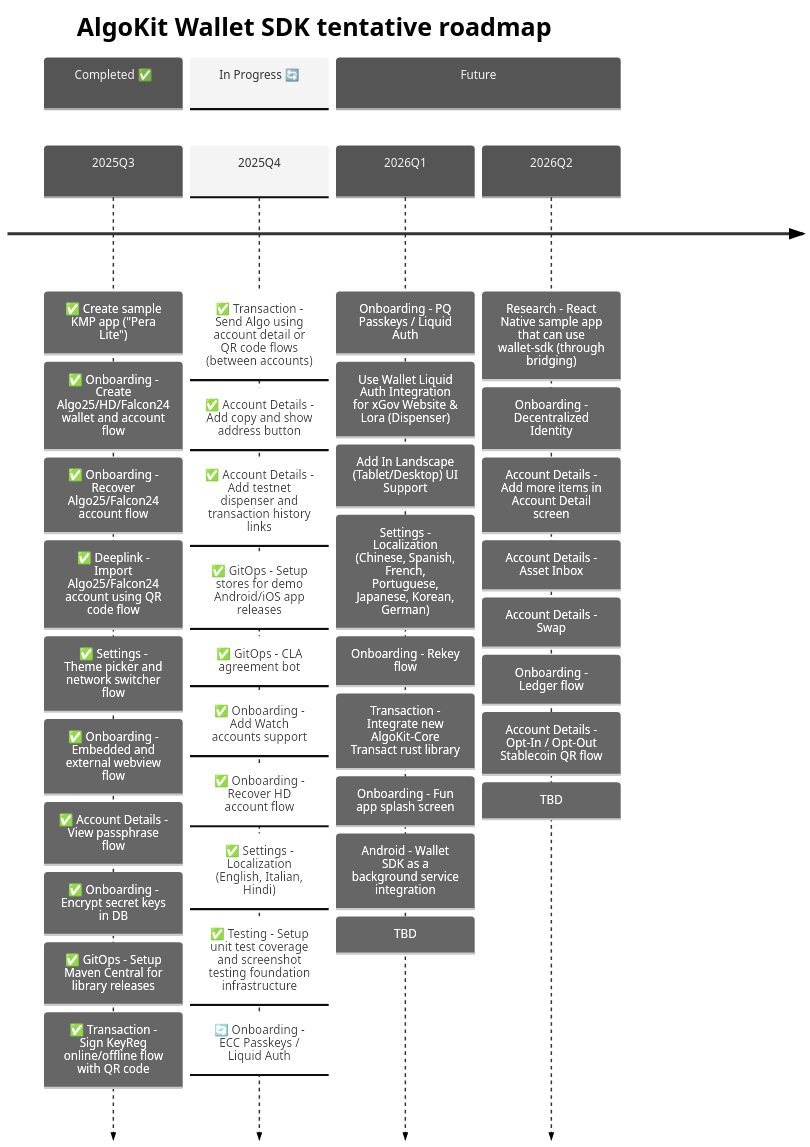
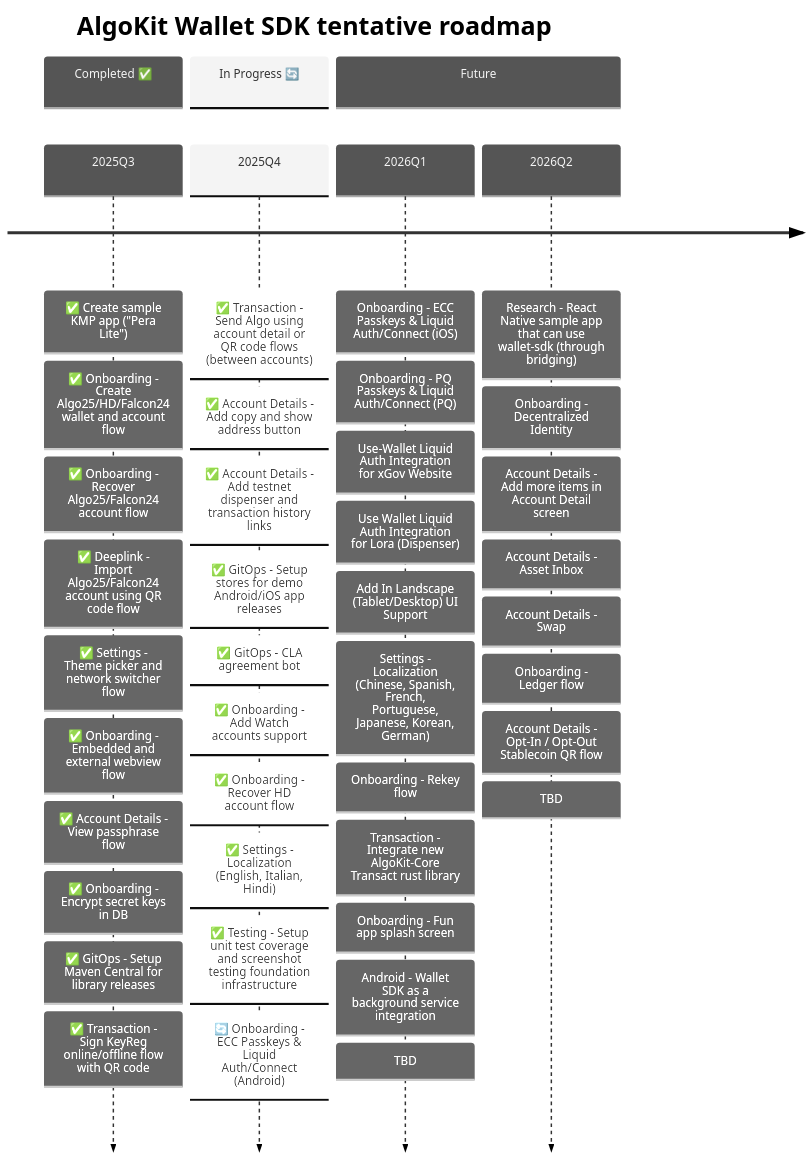
Before and after one commit to michaeltchuangllc/algokit-walletsdk-kmp: the second of 3 diagrams in README.md, drawn with Mermaid.

````diff
--- a/README.md
+++ b/README.md
@@ -67,52 +67,54 @@
 ```mermaid
 ---
 config:
   theme: 'neutral'
 ---
 timeline
     title AlgoKit Wallet SDK tentative roadmap
 
     section Completed ✅
     2025Q3  : ✅ Create sample KMP app ("Pera Lite")
             : ✅ Onboarding - Create Algo25/HD/Falcon24 wallet and account flow
             : ✅ Onboarding - Recover Algo25/Falcon24 account flow
             : ✅ Deeplink - Import Algo25/Falcon24 account using QR code flow
             : ✅ Settings - Theme picker and network switcher flow
             : ✅ Onboarding - Embedded and external webview flow
             : ✅ Account Details - View passphrase flow
             : ✅ Onboarding - Encrypt secret keys in DB
             : ✅ GitOps - Setup Maven Central for library releases
             : ✅ Transaction - Sign KeyReg online/offline flow with QR code
 
     section In Progress 🔄
     2025Q4  : ✅ Transaction - Send Algo using account detail or QR code flows (between accounts)
             : ✅ Account Details - Add copy and show address button
             : ✅ Account Details - Add testnet dispenser and transaction history links
             : ✅ GitOps - Setup stores for demo Android/iOS app releases
             : ✅ GitOps - CLA agreement bot
             : ✅ Onboarding - Add Watch accounts support
             : ✅ Onboarding - Recover HD account flow
             : ✅ Settings - Localization (English, Italian, Hindi)
             : ✅ Testing - Setup unit test coverage and screenshot testing foundation infrastructure
-            : 🔄 Onboarding - ECC Passkeys / Liquid Auth
+            : 🔄 Onboarding - ECC Passkeys & Liquid Auth/Connect (Android)
 
     section Future
-    2026Q1  : Onboarding - PQ Passkeys / Liquid Auth
-            : Use Wallet Liquid Auth Integration for xGov Website & Lora (Dispenser)
+    2026Q1  : Onboarding - ECC Passkeys & Liquid Auth/Connect (iOS)
+            : Onboarding - PQ Passkeys & Liquid Auth/Connect (PQ)
+            : Use-Wallet Liquid Auth Integration for xGov Website
+            : Use Wallet Liquid Auth Integration for Lora (Dispenser)
             : Add In Landscape (Tablet/Desktop) UI Support
             : Settings - Localization (Chinese, Spanish, French, Portuguese, Japanese, Korean, German)
             : Onboarding - Rekey flow
             : Transaction - Integrate new AlgoKit-Core Transact rust library
             : Onboarding - Fun app splash screen
             : Android - Wallet SDK as a background service integration
             : TBD
     2026Q2   
             : Research - React Native sample app that can use wallet-sdk (through bridging)
             : Onboarding - Decentralized Identity
             : Account Details - Add more items in Account Detail screen
             : Account Details - Asset Inbox
             : Account Details - Swap
             : Onboarding - Ledger flow
             : Account Details - Opt-In / Opt-Out Stablecoin QR flow
             : TBD
 ```
````
